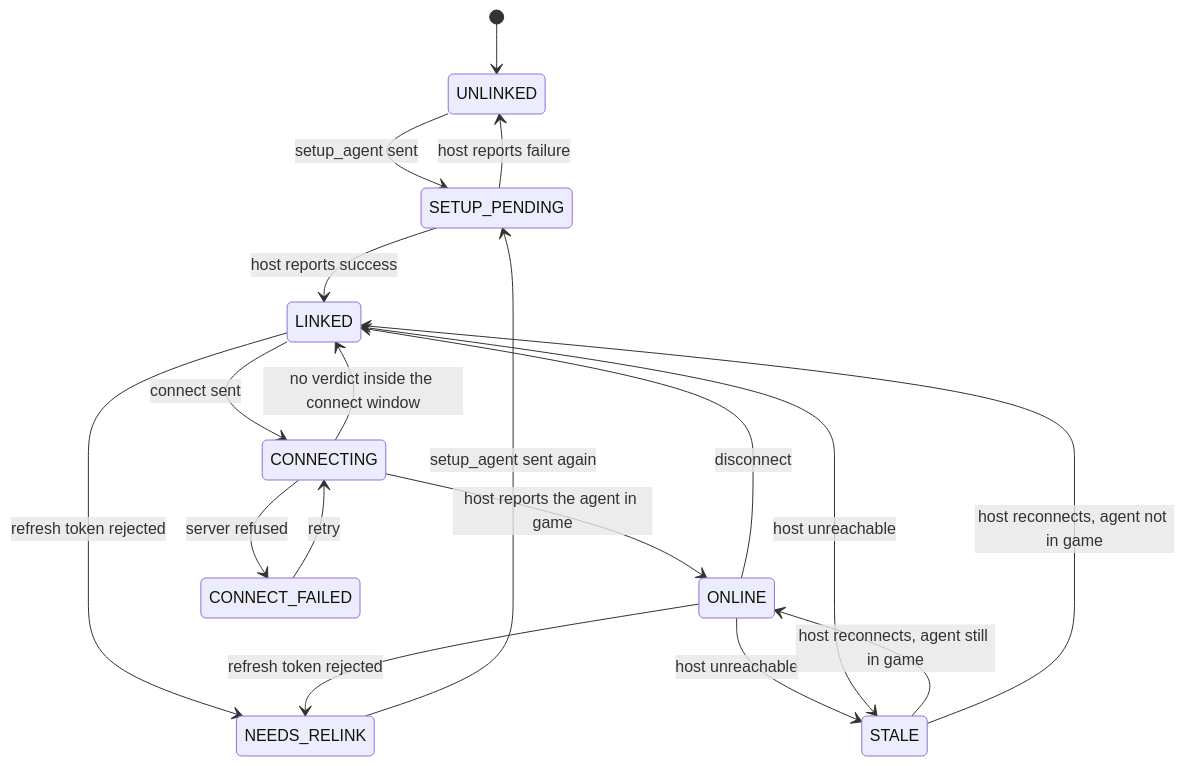
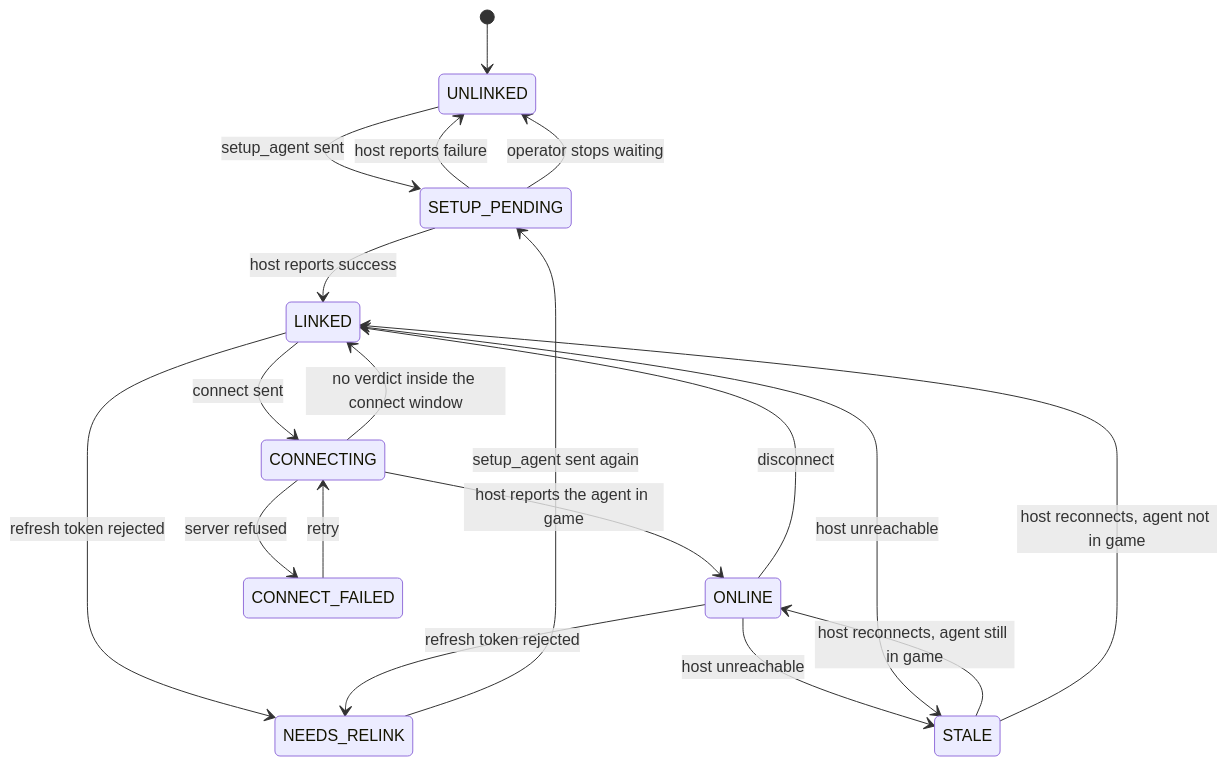
The second of 3 diagrams in FLEET_CONNECTIVITY.md (integr-dev/osmium), drawn with Mermaid before and after one commit. The commit also changed other lines of this file and 8 other files, not shown here.

````diff
--- a/FLEET_CONNECTIVITY.md
+++ b/FLEET_CONNECTIVITY.md
@@ -201,20 +201,21 @@
 ```mermaid
 stateDiagram-v2
     [*] --> UNLINKED
     UNLINKED --> SETUP_PENDING: setup_agent sent
     SETUP_PENDING --> LINKED: host reports success
     SETUP_PENDING --> UNLINKED: host reports failure
+    SETUP_PENDING --> UNLINKED: operator stops waiting
     LINKED --> CONNECTING: connect sent
     CONNECTING --> ONLINE: host reports the agent in game
     CONNECTING --> CONNECT_FAILED: server refused
     CONNECTING --> LINKED: no verdict inside the connect window
     ONLINE --> LINKED: disconnect
     LINKED --> NEEDS_RELINK: refresh token rejected
     ONLINE --> NEEDS_RELINK: refresh token rejected
     NEEDS_RELINK --> SETUP_PENDING: setup_agent sent again
     CONNECT_FAILED --> CONNECTING: retry
     ONLINE --> STALE: host unreachable
     LINKED --> STALE: host unreachable
     STALE --> ONLINE: host reconnects, agent still in game
     STALE --> LINKED: host reconnects, agent not in game
 ```
````
